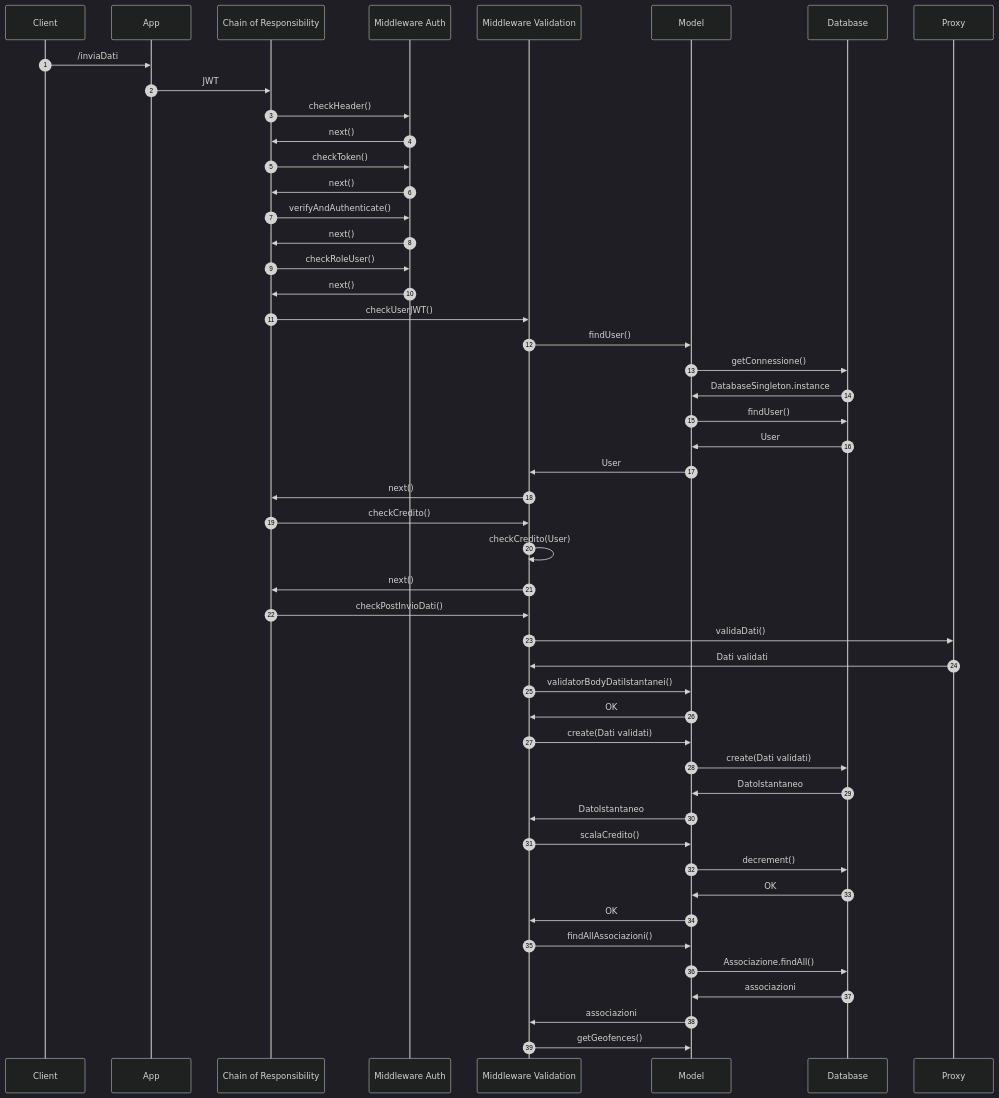
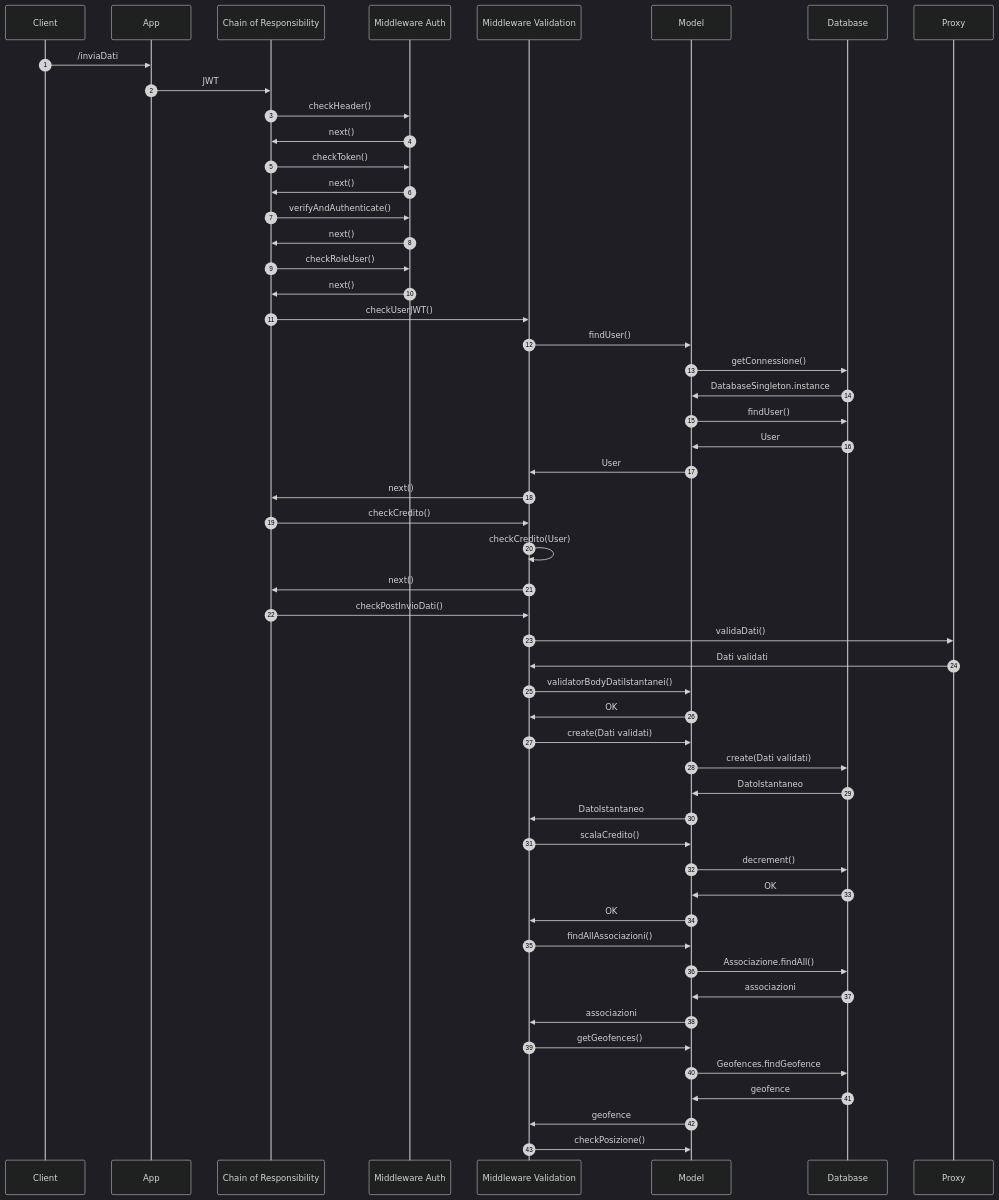
The second of 2 diagrams in README.md (abbru-matte/Boats-Project), drawn with Mermaid (dark theme) before and after one commit.

````diff
--- a/README.md
+++ b/README.md
@@ -45,45 +45,47 @@
 ```mermaid
 sequenceDiagram
 autonumber
 Client ->> App : /inviaDati
 App ->> Chain of Responsibility : JWT
 Chain of Responsibility ->> Middleware Auth : checkHeader()
 Middleware Auth ->> Chain of Responsibility : next()
 Chain of Responsibility ->> Middleware Auth : checkToken()
 Middleware Auth ->> Chain of Responsibility : next()
 Chain of Responsibility ->> Middleware Auth : verifyAndAuthenticate()
 Middleware Auth ->> Chain of Responsibility : next()
 Chain of Responsibility ->> Middleware Auth : checkRoleUser()
 Middleware Auth ->> Chain of Responsibility : next()
 Chain of Responsibility ->> Middleware Validation : checkUserJWT()
 Middleware Validation ->> Model : findUser()
 Model ->> Database : getConnessione()
 Database ->> Model : DatabaseSingleton.instance
 Model ->> Database : findUser()
 Database ->> Model : User
 Model ->> Middleware Validation : User
 Middleware Validation ->> Chain of Responsibility : next()
 Chain of Responsibility ->> Middleware Validation : checkCredito()
 Middleware Validation ->> Middleware Validation : checkCredito(User)
 Middleware Validation ->> Chain of Responsibility : next()
 Chain of Responsibility ->> Middleware Validation : checkPostInvioDati()
 Middleware Validation ->> Proxy : validaDati()
 Proxy ->> Middleware Validation : Dati validati
 Middleware Validation ->> Model : validatorBodyDatiIstantanei()
 Model ->> Middleware Validation : OK
 Middleware Validation ->> Model : create(Dati validati)
 Model ->> Database : create(Dati validati)
 Database ->> Model : DatoIstantaneo
 Model ->> Middleware Validation : DatoIstantaneo
 Middleware Validation ->> Model : scalaCredito()
 Model ->> Database : decrement()
 Database ->> Model : OK
 Model ->> Middleware Validation : OK
 Middleware Validation ->> Model : findAllAssociazioni()
 Model ->> Database : Associazione.findAll()
 Database ->> Model : associazioni
 Model ->> Middleware Validation : associazioni
 Middleware Validation ->> Model : getGeofences()
-
-
+Model ->> Database : Geofences.findGeofence
+Database ->> Model : geofence
+Model ->> Middleware Validation : geofence
+Middleware Validation ->> Model : checkPosizione()
 ```
````
